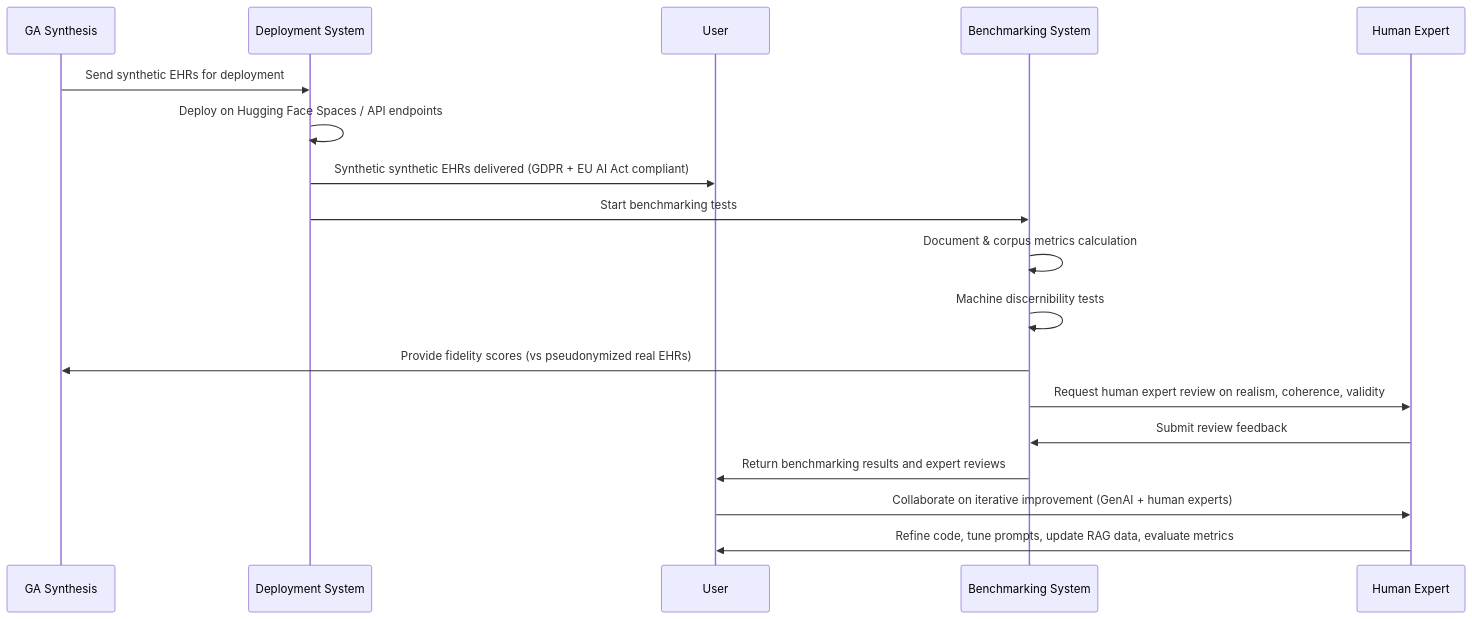
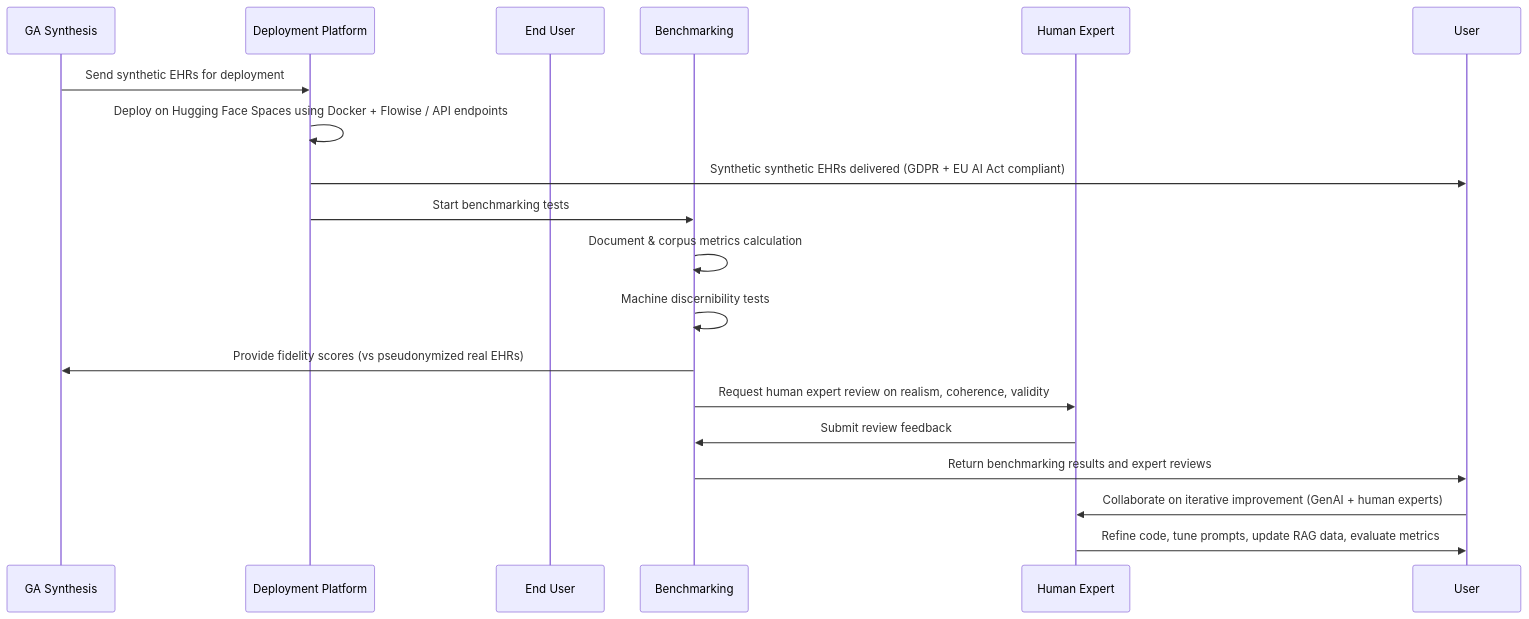
The second of 8 diagrams in PROJECTS/Generative_Agent_based_Data-Synthesis/Readme.md (HR-DataLab-Healthcare/RESEARCH_SUPPORT), drawn with Mermaid before and after one commit. The commit also changed other lines of this file, not shown here.

````diff
--- a/PROJECTS/Generative_Agent_based_Data-Synthesis/Readme.md
+++ b/PROJECTS/Generative_Agent_based_Data-Synthesis/Readme.md
@@ -61,24 +61,24 @@
 ```mermaid 
 sequenceDiagram
     participant GA as GA Synthesis
-    participant Deploy as Deployment System
-    participant User
-    participant Benchmark as Benchmarking System
+    participant Deploy as Deployment Platform
+    participant End User
+    participant Benchmark as Benchmarking 
     participant Expert as Human Expert
 
     GA->>Deploy: Send synthetic EHRs for deployment
-    Deploy->>Deploy: Deploy on Hugging Face Spaces / API endpoints
+    Deploy->>Deploy: Deploy on Hugging Face Spaces using Docker + Flowise / API endpoints
     Deploy->>User: Synthetic synthetic EHRs delivered (GDPR + EU AI Act compliant)
 
     Deploy->>Benchmark: Start benchmarking tests
     Benchmark->>Benchmark: Document & corpus metrics calculation
     Benchmark->>Benchmark: Machine discernibility tests
     Benchmark->>GA: Provide fidelity scores (vs pseudonymized real EHRs)
     Benchmark->>Expert: Request human expert review on realism, coherence, validity
 
     Expert->>Benchmark: Submit review feedback
     Benchmark->>User: Return benchmarking results and expert reviews
 
     User->>Expert: Collaborate on iterative improvement (GenAI + human experts)
     Expert->>User: Refine code, tune prompts, update RAG data, evaluate metrics
  ```
````
